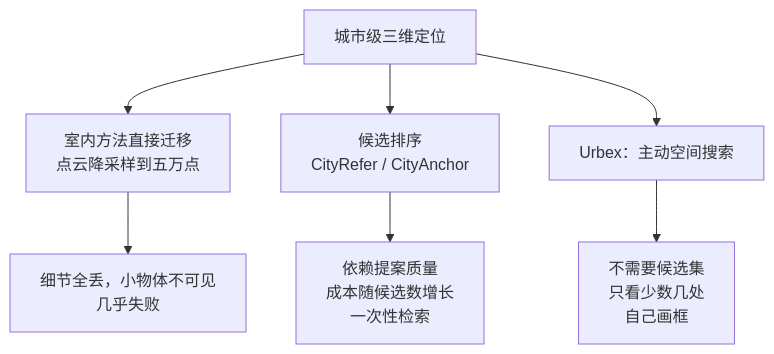
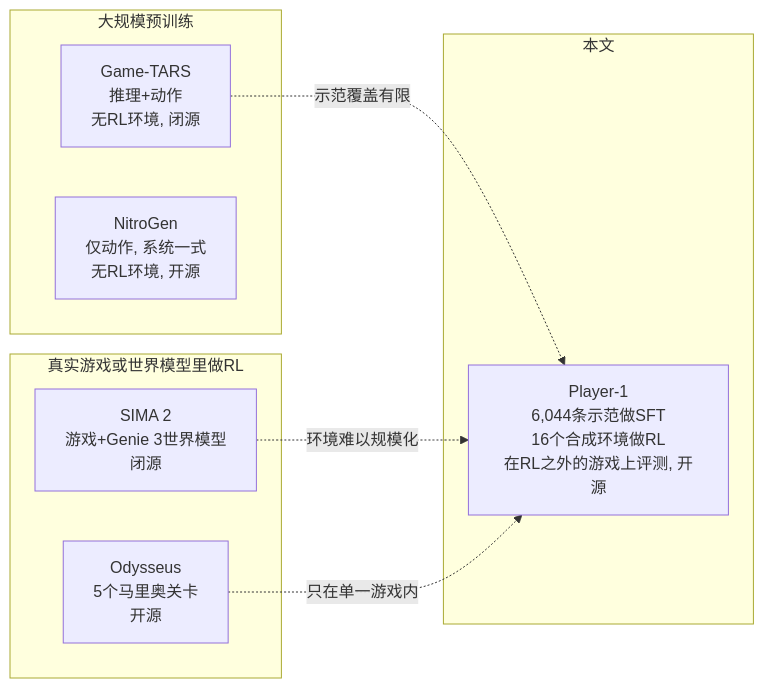
Before and after one commit to yingwang/paper-reads: the first of 5 diagrams in docs/index.md, drawn with Mermaid. The commit also changed other lines of this file and 2 other files, not shown here.

First line of the commit message:
Add 2026-10-15-player-1-game-control-synthetic-experience

````diff
--- a/docs/index.md
+++ b/docs/index.md
@@ -61,9 +59,17 @@
 ```mermaid
-graph TD
-    A[城市级三维定位] --> B[室内方法直接迁移<br/>点云降采样到五万点]
-    A --> C[候选排序<br/>CityRefer / CityAnchor]
-    A --> D[Urbex：主动空间搜索]
-    B --> B1[细节全丢，小物体不可见<br/>几乎失败]
-    C --> C1[依赖提案质量<br/>成本随候选数增长<br/>一次性检索]
-    D --> D1[不需要候选集<br/>只看少数几处<br/>自己画框]
+flowchart LR
+    subgraph 大规模预训练
+        A[Game-TARS<br/>推理+动作<br/>无RL环境, 闭源]
+        B[NitroGen<br/>仅动作, 系统一式<br/>无RL环境, 开源]
+    end
+    subgraph 真实游戏或世界模型里做RL
+        C[SIMA 2<br/>游戏+Genie 3世界模型<br/>闭源]
+        D[Odysseus<br/>5个马里奥关卡<br/>开源]
+    end
+    subgraph 本文
+        E[Player-1<br/>6,044条示范做SFT<br/>16个合成环境做RL<br/>在RL之外的游戏上评测, 开源]
+    end
+    A -. 示范覆盖有限 .-> E
+    C -. 环境难以规模化 .-> E
+    D -. 只在单一游戏内 .-> E
 ```
````
